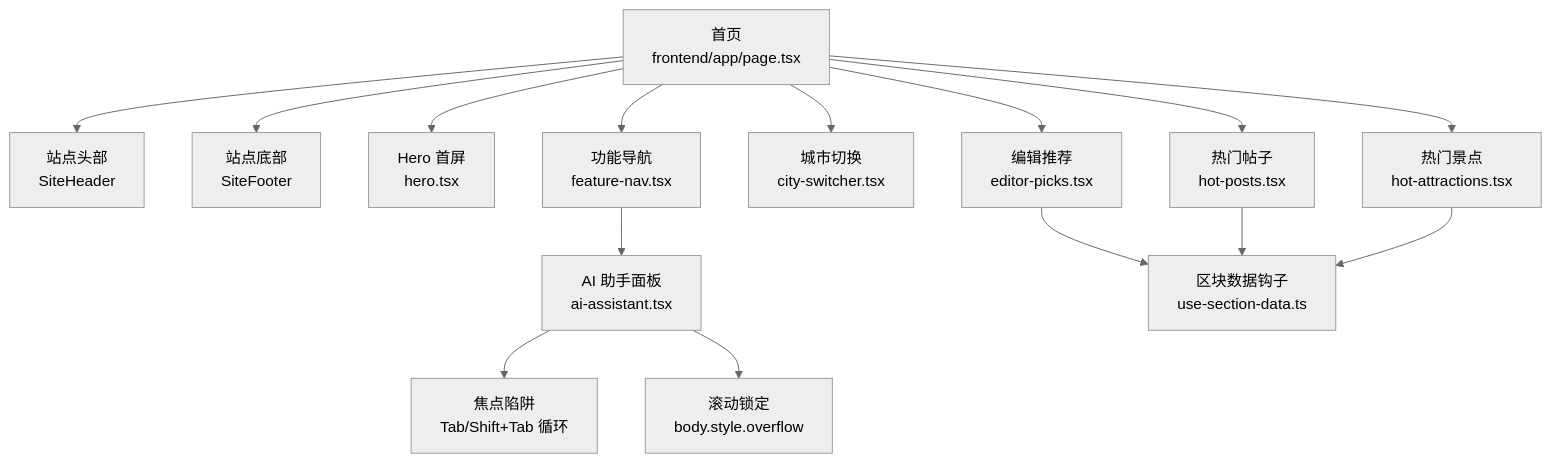
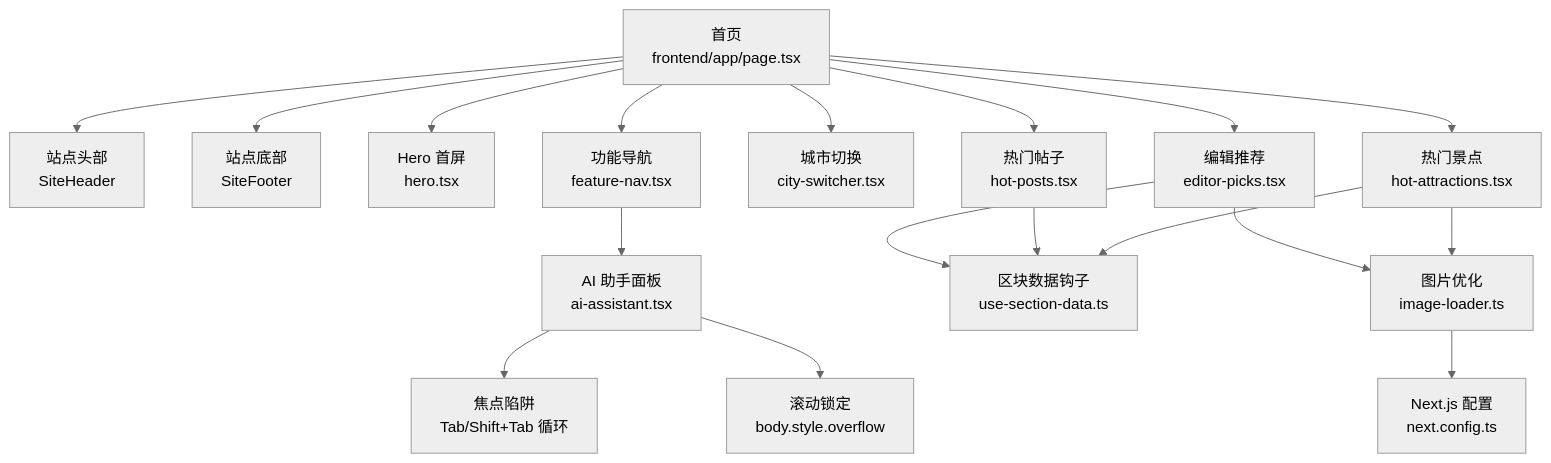
The first of 12 diagrams in .qoder/repowiki/zh/content/规格驱动开发/WanderChain 首页规格文档.md (luyitiger6/my-first-project), drawn with Mermaid (neutral theme) before and after one commit. The commit also changed other lines of this file and 32 other files, not shown here.

````diff
--- a/.qoder/repowiki/zh/content/规格驱动开发/WanderChain 首页规格文档.md
+++ b/.qoder/repowiki/zh/content/规格驱动开发/WanderChain 首页规格文档.md
@@ -69,17 +78,20 @@
 ```mermaid
 graph TB
 Home["首页<br/>frontend/app/page.tsx"] --> Header["站点头部<br/>SiteHeader"]
 Home --> Footer["站点底部<br/>SiteFooter"]
 Home --> Hero["Hero 首屏<br/>hero.tsx"]
 Home --> FeatureNav["功能导航<br/>feature-nav.tsx"]
 Home --> CitySwitcher["城市切换<br/>city-switcher.tsx"]
 Home --> EditorPicks["编辑推荐<br/>editor-picks.tsx"]
 Home --> HotPosts["热门帖子<br/>hot-posts.tsx"]
 Home --> HotAttractions["热门景点<br/>hot-attractions.tsx"]
 FeatureNav --> AiAssistant["AI 助手面板<br/>ai-assistant.tsx"]
 EditorPicks --> UseSection["区块数据钩子<br/>use-section-data.ts"]
 HotPosts --> UseSection
 HotAttractions --> UseSection
 AiAssistant --> FocusTrap["焦点陷阱<br/>Tab/Shift+Tab 循环"]
 AiAssistant --> ScrollLock["滚动锁定<br/>body.style.overflow"]
+EditorPicks --> ImageOptimization["图片优化<br/>image-loader.ts"]
+HotAttractions --> ImageOptimization
+ImageOptimization --> NextConfig["Next.js 配置<br/>next.config.ts"]
 ```
````
